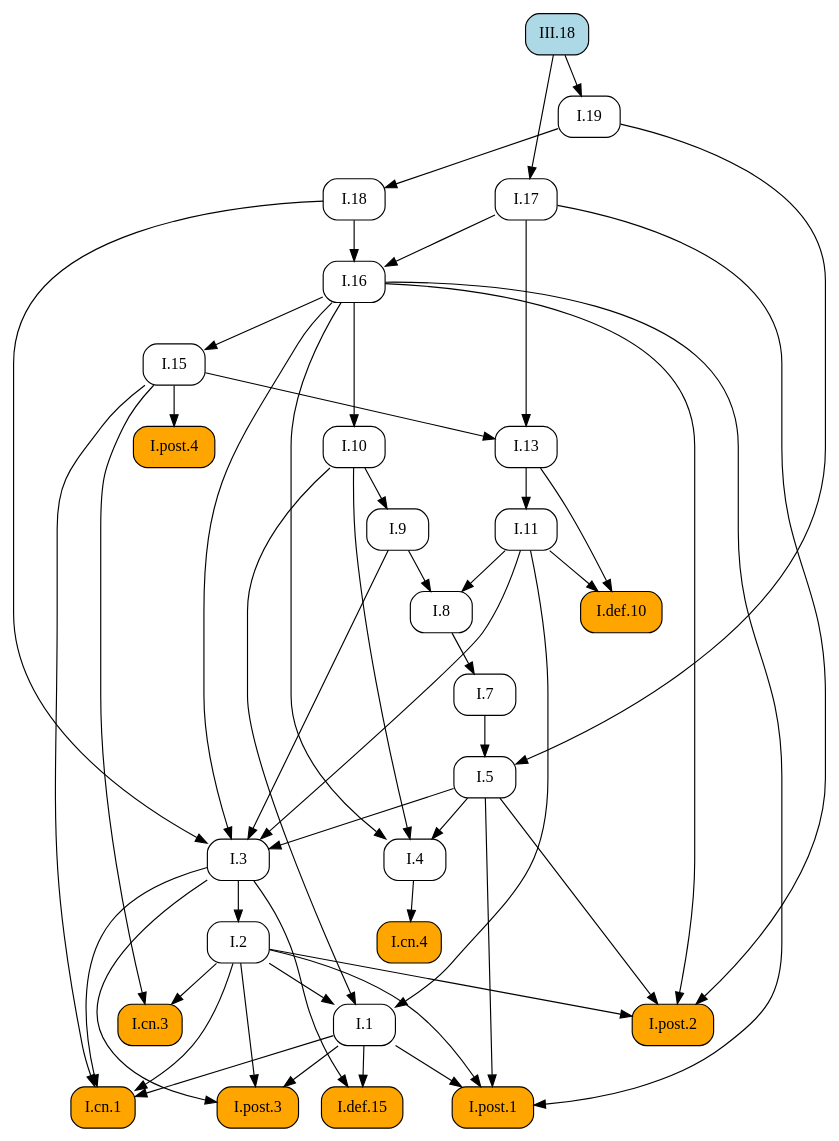
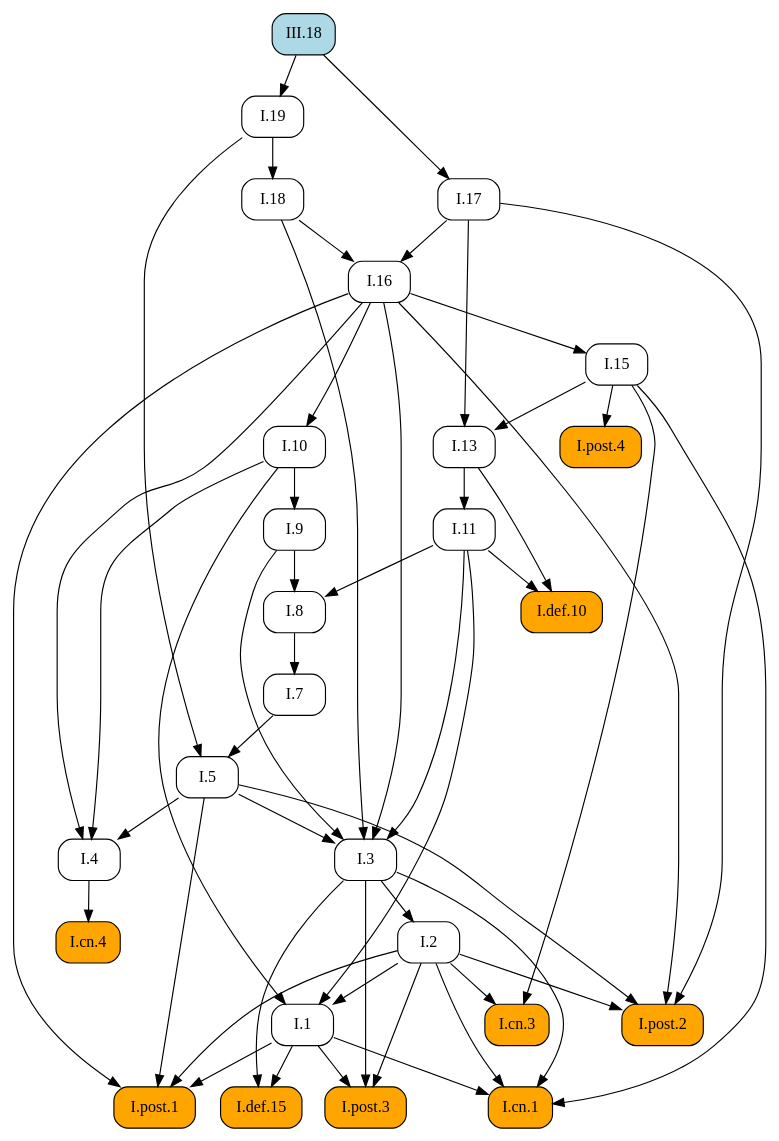
The diagram in docsrc/elements2/III/18/index.rst (geometor/elements), drawn with Graphviz before and after one commit. The commit also changed other lines of this file and 171 other files, not shown here.

```diff
--- a/docsrc/elements2/III/18/index.rst
+++ b/docsrc/elements2/III/18/index.rst
@@ -67,81 +67,81 @@
    digraph {
      rankdir="TB";
      node [shape=box, style=rounded];
+     "I.8" [URL="/elements2/I/8/", target="_top"];
+     "I.19" [URL="/elements2/I/19/", target="_top"];
+     "I.1" [URL="/elements2/I/1/", target="_top"];
+     "I.cn.3" [style="rounded,filled", fillcolor=orange, URL="/elements2/I/cn.3/", target="_top"];
+     "I.cn.4" [style="rounded,filled", fillcolor=orange, URL="/elements2/I/cn.4/", target="_top"];
+     "I.7" [URL="/elements2/I/7/", target="_top"];
+     "I.17" [URL="/elements2/I/17/", target="_top"];
+     "I.post.1" [style="rounded,filled", fillcolor=orange, URL="/elements2/I/post.1/", target="_top"];
+     "I.9" [URL="/elements2/I/9/", target="_top"];
+     "I.5" [URL="/elements2/I/5/", target="_top"];
+     "I.cn.1" [style="rounded,filled", fillcolor=orange, URL="/elements2/I/cn.1/", target="_top"];
      "I.16" [URL="/elements2/I/16/", target="_top"];
      "I.def.10" [style="rounded,filled", fillcolor=orange, URL="/elements2/I/def.10/", target="_top"];
-     "I.9" [URL="/elements2/I/9/", target="_top"];
      "I.18" [URL="/elements2/I/18/", target="_top"];
-     "I.8" [URL="/elements2/I/8/", target="_top"];
+     "I.13" [URL="/elements2/I/13/", target="_top"];
+     "I.post.4" [style="rounded,filled", fillcolor=orange, URL="/elements2/I/post.4/", target="_top"];
      "I.2" [URL="/elements2/I/2/", target="_top"];
+     "I.def.15" [style="rounded,filled", fillcolor=orange, URL="/elements2/I/def.15/", target="_top"];
+     "I.4" [URL="/elements2/I/4/", target="_top"];
+     "III.18" [style="rounded,filled", fillcolor=lightblue, URL="/elements2/III/18/", target="_top"];
+     "I.11" [URL="/elements2/I/11/", target="_top"];
+     "I.10" [URL="/elements2/I/10/", target="_top"];
      "I.15" [URL="/elements2/I/15/", target="_top"];
-     "III.18" [style="rounded,filled", fillcolor=lightblue, URL="/elements2/III/18/", target="_top"];
-     "I.def.15" [style="rounded,filled", fillcolor=orange, URL="/elements2/I/def.15/", target="_top"];
-     "I.cn.4" [style="rounded,filled", fillcolor=orange, URL="/elements2/I/cn.4/", target="_top"];
+     "I.post.2" [style="rounded,filled", fillcolor=orange, URL="/elements2/I/post.2/", target="_top"];
+     "I.3" [URL="/elements2/I/3/", target="_top"];
      "I.post.3" [style="rounded,filled", fillcolor=orange, URL="/elements2/I/post.3/", target="_top"];
-     "I.1" [URL="/elements2/I/1/", target="_top"];
-     "I.post.2" [style="rounded,filled", fillcolor=orange, URL="/elements2/I/post.2/", target="_top"];
-     "I.13" [URL="/elements2/I/13/", target="_top"];
-     "I.10" [URL="/elements2/I/10/", target="_top"];
-     "I.post.1" [style="rounded,filled", fillcolor=orange, URL="/elements2/I/post.1/", target="_top"];
-     "I.7" [URL="/elements2/I/7/", target="_top"];
-     "I.post.4" [style="rounded,filled", fillcolor=orange, URL="/elements2/I/post.4/", target="_top"];
-     "I.cn.1" [style="rounded,filled", fillcolor=orange, URL="/elements2/I/cn.1/", target="_top"];
-     "I.3" [URL="/elements2/I/3/", target="_top"];
-     "I.cn.3" [style="rounded,filled", fillcolor=orange, URL="/elements2/I/cn.3/", target="_top"];
-     "I.11" [URL="/elements2/I/11/", target="_top"];
-     "I.17" [URL="/elements2/I/17/", target="_top"];
-     "I.19" [URL="/elements2/I/19/", target="_top"];
-     "I.5" [URL="/elements2/I/5/", target="_top"];
-     "I.4" [URL="/elements2/I/4/", target="_top"];
+     "I.9" -> "I.8";
+     "I.11" -> "I.8";
+     "III.18" -> "I.19";
+     "I.2" -> "I.1";
+     "I.10" -> "I.1";
+     "I.11" -> "I.1";
+     "I.2" -> "I.cn.3";
+     "I.15" -> "I.cn.3";
+     "I.4" -> "I.cn.4";
+     "I.8" -> "I.7";
+     "III.18" -> "I.17";
+     "I.1" -> "I.post.1";
+     "I.2" -> "I.post.1";
+     "I.5" -> "I.post.1";
+     "I.16" -> "I.post.1";
+     "I.10" -> "I.9";
+     "I.7" -> "I.5";
+     "I.19" -> "I.5";
+     "I.1" -> "I.cn.1";
+     "I.2" -> "I.cn.1";
+     "I.3" -> "I.cn.1";
+     "I.15" -> "I.cn.1";
      "I.17" -> "I.16";
      "I.18" -> "I.16";
      "I.11" -> "I.def.10";
      "I.13" -> "I.def.10";
-     "I.10" -> "I.9";
      "I.19" -> "I.18";
-     "I.9" -> "I.8";
-     "I.11" -> "I.8";
+     "I.15" -> "I.13";
+     "I.17" -> "I.13";
+     "I.15" -> "I.post.4";
      "I.3" -> "I.2";
-     "I.16" -> "I.15";
      "I.1" -> "I.def.15";
      "I.3" -> "I.def.15";
-     "I.4" -> "I.cn.4";
-     "I.1" -> "I.post.3";
-     "I.2" -> "I.post.3";
-     "I.3" -> "I.post.3";
-     "I.2" -> "I.1";
-     "I.10" -> "I.1";
-     "I.11" -> "I.1";
+     "I.5" -> "I.4";
+     "I.10" -> "I.4";
+     "I.16" -> "I.4";
+     "I.13" -> "I.11";
+     "I.16" -> "I.10";
+     "I.16" -> "I.15";
      "I.2" -> "I.post.2";
      "I.5" -> "I.post.2";
      "I.16" -> "I.post.2";
      "I.17" -> "I.post.2";
-     "I.15" -> "I.13";
-     "I.17" -> "I.13";
-     "I.16" -> "I.10";
-     "I.1" -> "I.post.1";
-     "I.2" -> "I.post.1";
-     "I.5" -> "I.post.1";
-     "I.16" -> "I.post.1";
-     "I.8" -> "I.7";
-     "I.15" -> "I.post.4";
-     "I.1" -> "I.cn.1";
-     "I.2" -> "I.cn.1";
-     "I.3" -> "I.cn.1";
-     "I.15" -> "I.cn.1";
      "I.5" -> "I.3";
      "I.9" -> "I.3";
      "I.11" -> "I.3";
      "I.16" -> "I.3";
      "I.18" -> "I.3";
-     "I.2" -> "I.cn.3";
-     "I.15" -> "I.cn.3";
-     "I.13" -> "I.11";
-     "III.18" -> "I.17";
-     "III.18" -> "I.19";
-     "I.7" -> "I.5";
-     "I.19" -> "I.5";
-     "I.5" -> "I.4";
-     "I.10" -> "I.4";
-     "I.16" -> "I.4";
+     "I.1" -> "I.post.3";
+     "I.2" -> "I.post.3";
+     "I.3" -> "I.post.3";
    }
```
